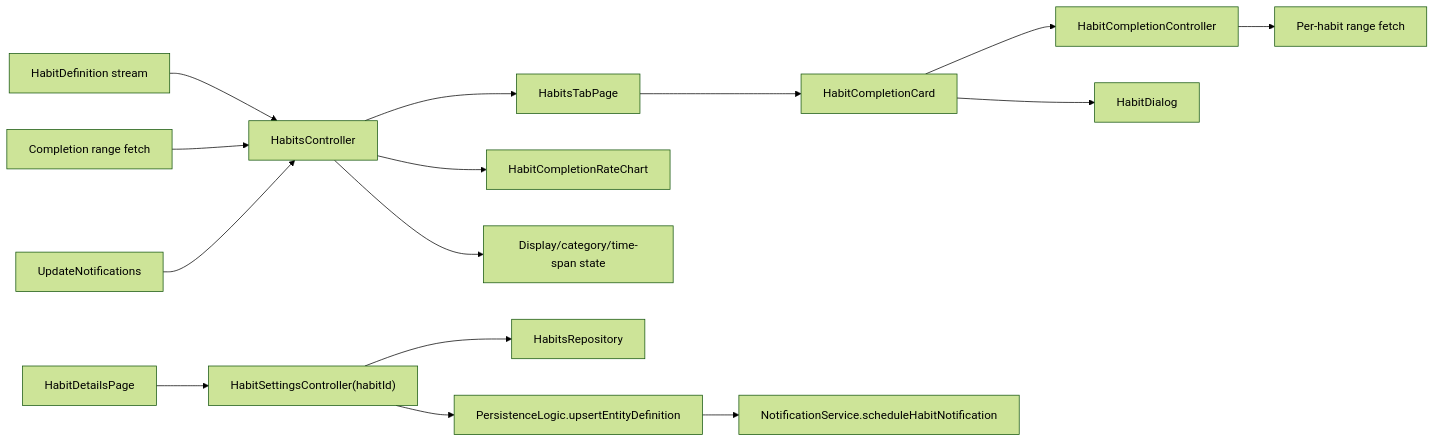
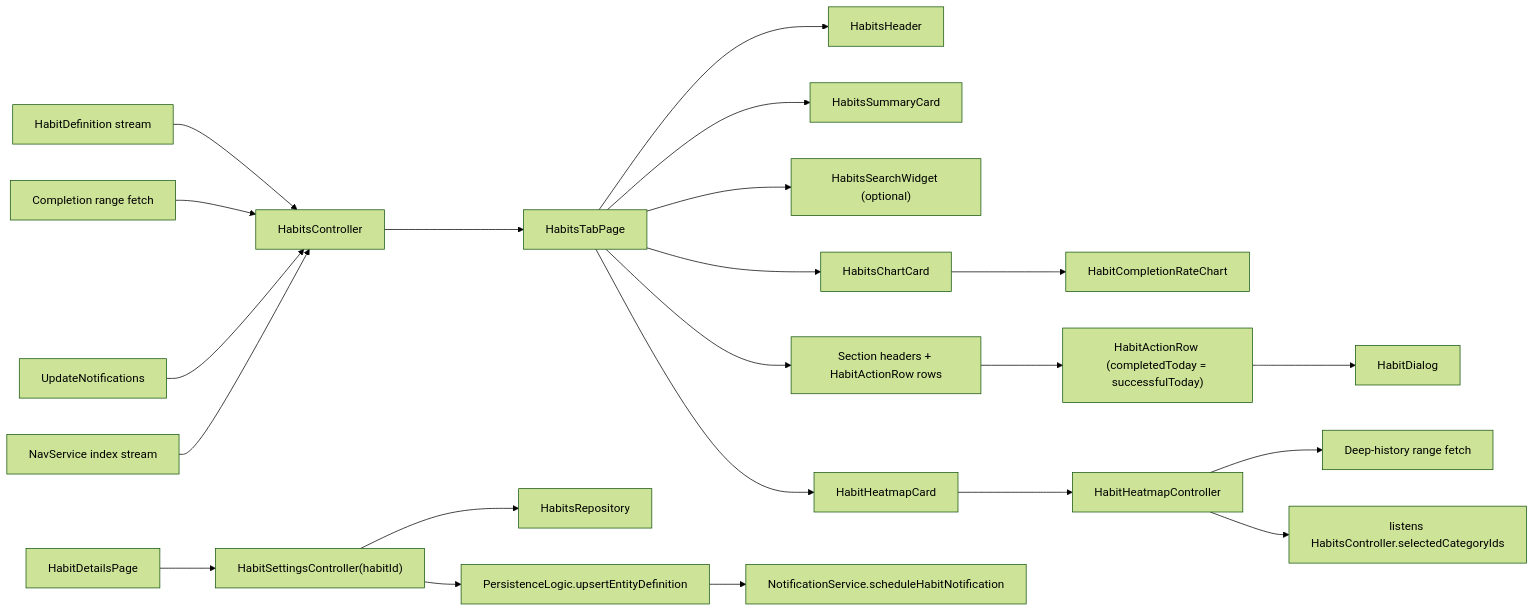
The first of 8 diagrams in lib/features/habits/README.md (matthiasn/lotti), drawn with Mermaid (forest theme) before and after one commit. The commit also changed other lines of this file and 65 other files, not shown here.

````diff
--- a/lib/features/habits/README.md
+++ b/lib/features/habits/README.md
@@ -64,19 +90,28 @@
 ```mermaid
 flowchart LR
   Defs["HabitDefinition stream"] --> Ctrl["HabitsController"]
   Range["Completion range fetch"] --> Ctrl
   Updates["UpdateNotifications"] --> Ctrl
-  Ctrl --> Tab["HabitsTabPage"]
-  Ctrl --> Chart["HabitCompletionRateChart"]
-  Ctrl --> Filters["Display/category/time-span state"]
+  Nav["NavService index stream"] --> Ctrl
 
-  Tab --> Card["HabitCompletionCard"]
-  Card --> CardCtl["HabitCompletionController"]
-  CardCtl --> CardRange["Per-habit range fetch"]
-  Card --> Dialog["HabitDialog"]
+  Ctrl --> Page["HabitsTabPage"]
+  Page --> Header["HabitsHeader"]
+  Page --> Summary["HabitsSummaryCard"]
+  Page --> Search["HabitsSearchWidget (optional)"]
+  Page --> Sections["Section headers + HabitActionRow rows"]
+  Page --> HeatCard["HabitHeatmapCard"]
+  Page --> ChartCard["HabitsChartCard"]
+
+  ChartCard --> Chart["HabitCompletionRateChart"]
+  Sections --> Row["HabitActionRow (completedToday = successfulToday)"]
+  Row --> Dialog["HabitDialog"]
+
+  HeatCard --> HeatCtl["HabitHeatmapController"]
+  HeatCtl --> HeatFetch["Deep-history range fetch"]
+  HeatCtl --> FilterListen["listens HabitsController.selectedCategoryIds"]
 
   SettingsPage["HabitDetailsPage"] --> SettingsCtl["HabitSettingsController(habitId)"]
   SettingsCtl --> Repo["HabitsRepository"]
   SettingsCtl --> Persist["PersistenceLogic.upsertEntityDefinition"]
   Persist --> Notifications["NotificationService.scheduleHabitNotification"]
 ```
````
